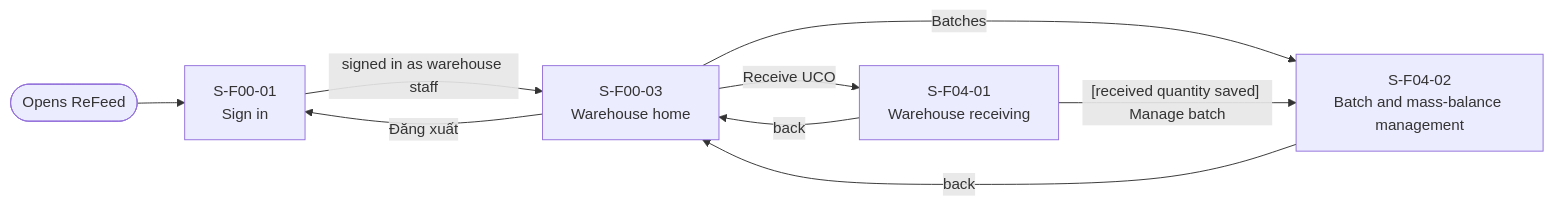
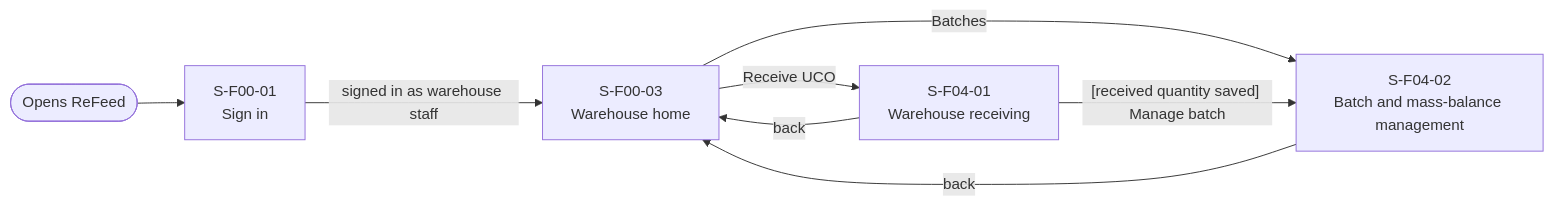
One commit to thuyvicbh-alt/DBIZ2---GROUP-D changed the third of 4 diagrams in docs/external-design/screen-transition.md. Above: the diagram before and after it, drawn with Mermaid. The commit also changed other lines of this file, not shown here.

````diff
--- a/docs/external-design/screen-transition.md
+++ b/docs/external-design/screen-transition.md
@@ -89,16 +87,15 @@
 ```mermaid
 flowchart LR
   entry(["Opens ReFeed"])
   S00_01["S-F00-01<br>Sign in"]
   S00_03["S-F00-03<br>Warehouse home"]
   S04_01["S-F04-01<br>Warehouse receiving"]
   S04_02["S-F04-02<br>Batch and mass-balance management"]
   entry --> S00_01
   S00_01 -->|"signed in as warehouse staff"| S00_03
   S00_03 -->|"Receive UCO"| S04_01
   S00_03 -->|"Batches"| S04_02
-  S00_03 -->|"Đăng xuất"| S00_01
   S04_01 -->|"[received quantity saved] Manage batch"| S04_02
   S04_01 -->|"back"| S00_03
   S04_02 -->|"back"| S00_03
 ```
````
